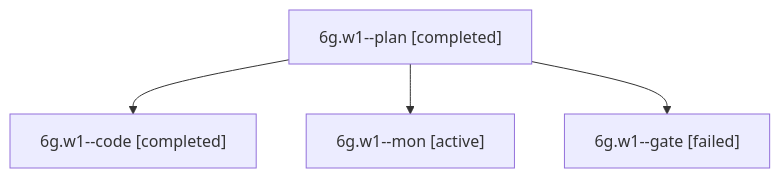
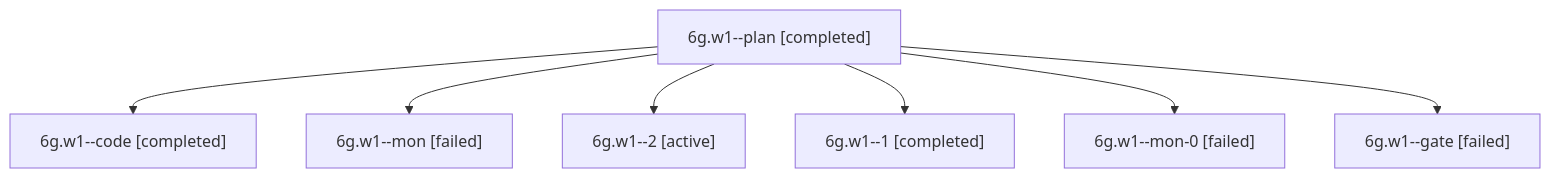
The diagram in sessions/bbugyi200.apollo.6g.w1.md (bobs-org/bob-cli--agents), drawn with Mermaid before and after one commit. The commit also changed other lines of this file and 45 other files, not shown here.

````diff
--- a/sessions/bbugyi200.apollo.6g.w1.md
+++ b/sessions/bbugyi200.apollo.6g.w1.md
@@ -9,10 +9,16 @@
 ```mermaid
 flowchart TD
   n0["6g.w1--plan [completed]"]
   n1["6g.w1--code [completed]"]
   n0 --> n1
-  n2["6g.w1--mon [active]"]
+  n2["6g.w1--mon [failed]"]
   n0 --> n2
-  n3["6g.w1--gate [failed]"]
+  n3["6g.w1--2 [active]"]
   n0 --> n3
+  n4["6g.w1--1 [completed]"]
+  n0 --> n4
+  n5["6g.w1--mon-0 [failed]"]
+  n0 --> n5
+  n6["6g.w1--gate [failed]"]
+  n0 --> n6
 ```
````
